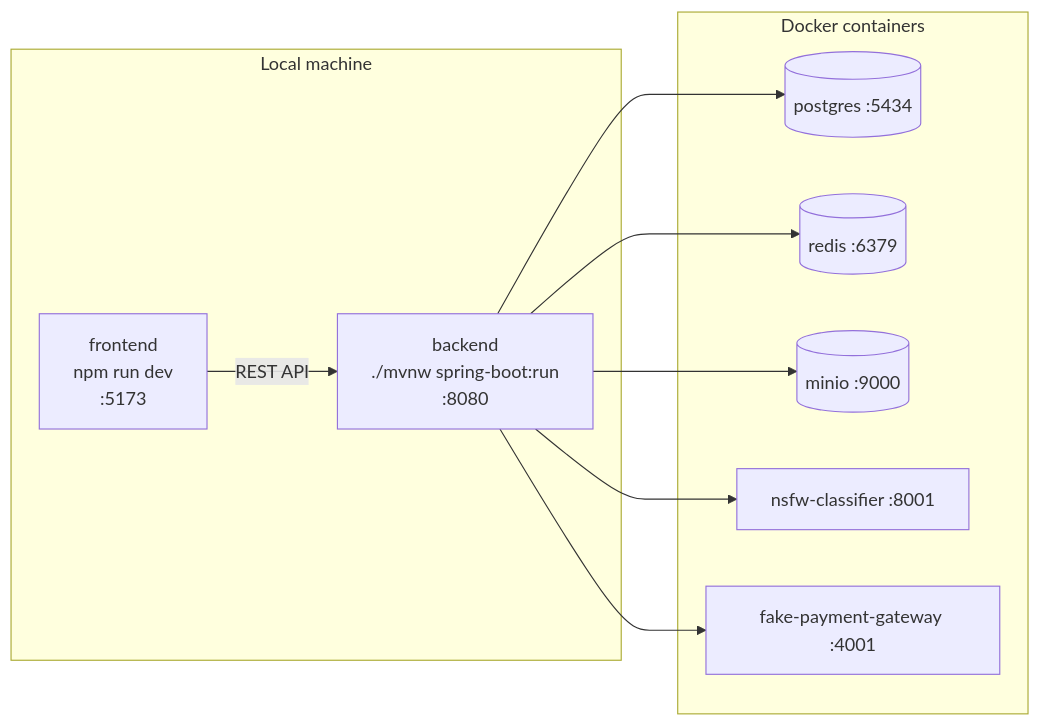
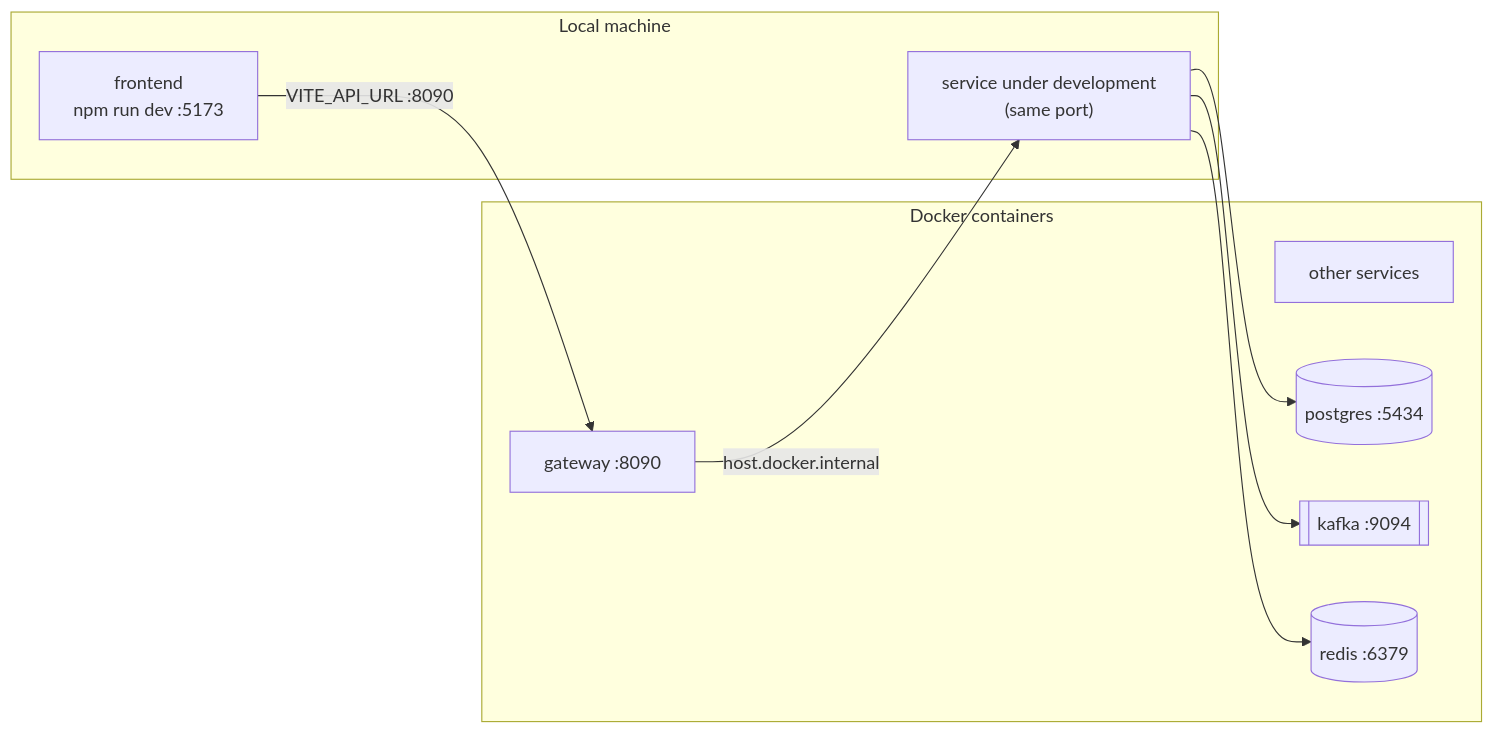
The fourth of 6 diagrams in en/11_Manual_Instalacion.md (TheJhampierBoy/TuEvento-Docs), drawn with Mermaid before and after one commit. The commit also changed other lines of this file and 1 other file, not shown here.

First line of the commit message:
docs: update installation manual to v1.2.0 (gateway and microservices)

````diff
--- a/en/11_Manual_Instalacion.md
+++ b/en/11_Manual_Instalacion.md
@@ -367,20 +470,19 @@
 ```mermaid
 flowchart LR
     subgraph DK["Docker containers"]
+        GW["gateway :8090"]
+        OT["other services"]
         P[("postgres :5434")]
+        K[["kafka :9094"]]
         R[("redis :6379")]
-        S[("minio :9000")]
-        N["nsfw-classifier :8001"]
-        G["fake-payment-gateway :4001"]
     end
     subgraph HM["Local machine"]
-        BE["backend<br/>./mvnw spring-boot:run<br/>:8080"]
-        FE["frontend<br/>npm run dev<br/>:5173"]
+        SV["service under development<br/>(same port)"]
+        FE["frontend<br/>npm run dev :5173"]
     end
-    FE -->|"REST API"| BE
-    BE --> P
-    BE --> R
-    BE --> S
-    BE --> N
-    BE --> G
+    FE -->|"VITE_API_URL :8090"| GW
+    GW -->|"host.docker.internal"| SV
+    SV --> P
+    SV --> K
+    SV --> R
 ```
````
